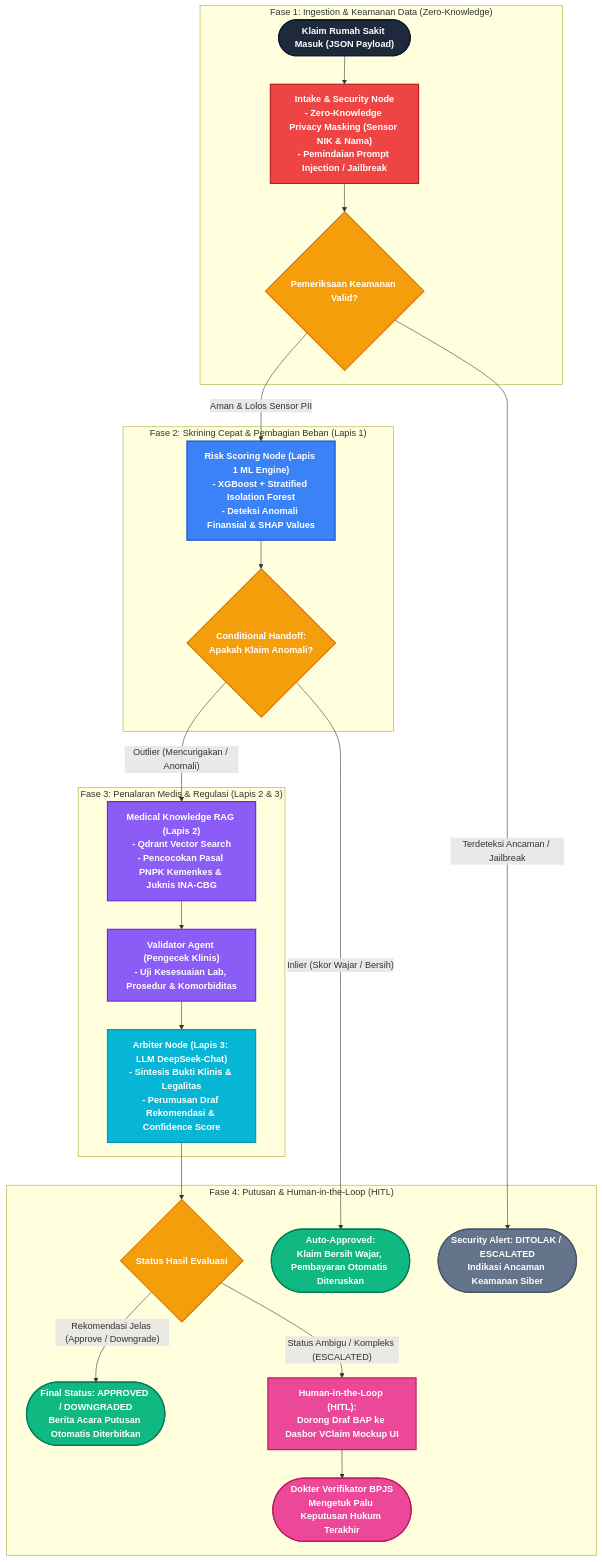
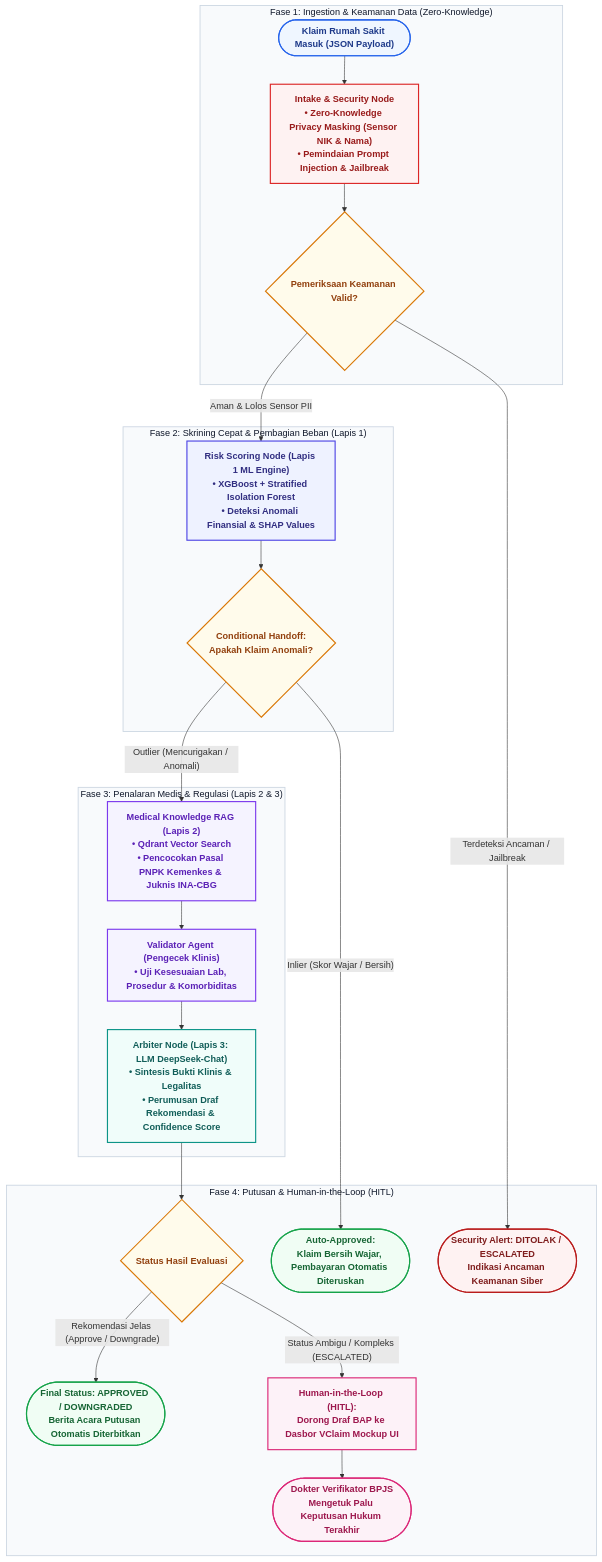
The diagram in docs/WORKFLOW_SISTEM.md (wmaulanaaishq/Garda-JKN), drawn with Mermaid before and after one commit. The commit also changed other lines of this file and 4 other files, not shown here.

Commit message:
docs: optimize workflow diagram colors for white background and embed into Word proposal

````diff
--- a/docs/WORKFLOW_SISTEM.md
+++ b/docs/WORKFLOW_SISTEM.md
@@ -13,55 +15,61 @@
 ```mermaid
 flowchart TD
-    %% Styling Definisi
-    classDef startNode fill:#1E293B,stroke:#0F172A,stroke-width:2px,color:#FFFFFF,font-weight:bold;
-    classDef securityNode fill:#EF4444,stroke:#B91C1C,stroke-width:2px,color:#FFFFFF,font-weight:bold;
-    classDef mlNode fill:#3B82F6,stroke:#1D4ED8,stroke-width:2px,color:#FFFFFF,font-weight:bold;
-    classDef decisionNode fill:#F59E0B,stroke:#D97706,stroke-width:2px,color:#FFFFFF,font-weight:bold;
-    classDef ragNode fill:#8B5CF6,stroke:#6D28D9,stroke-width:2px,color:#FFFFFF,font-weight:bold;
-    classDef llmNode fill:#06B6D4,stroke:#0891B2,stroke-width:2px,color:#FFFFFF,font-weight:bold;
-    classDef hitlNode fill:#EC4899,stroke:#BE185D,stroke-width:2px,color:#FFFFFF,font-weight:bold;
-    classDef endApproved fill:#10B981,stroke:#047857,stroke-width:2px,color:#FFFFFF,font-weight:bold;
-    classDef endReject fill:#64748B,stroke:#475569,stroke-width:2px,color:#FFFFFF,font-weight:bold;
+    %% Styling Khusus Latar Belakang Putih (Light Theme / Word Document)
+    classDef startNode fill:#EFF6FF,stroke:#2563EB,stroke-width:2px,color:#1E3A8A,font-weight:bold;
+    classDef securityNode fill:#FEF2F2,stroke:#DC2626,stroke-width:2px,color:#991B1B,font-weight:bold;
+    classDef mlNode fill:#EEF2FF,stroke:#4F46E5,stroke-width:2px,color:#312E81,font-weight:bold;
+    classDef decisionNode fill:#FFFBEB,stroke:#D97706,stroke-width:2px,color:#92400E,font-weight:bold;
+    classDef ragNode fill:#F5F3FF,stroke:#7C3AED,stroke-width:2px,color:#5B21B6,font-weight:bold;
+    classDef llmNode fill:#F0FDFA,stroke:#0D9488,stroke-width:2px,color:#115E59,font-weight:bold;
+    classDef hitlNode fill:#FDF2F8,stroke:#DB2777,stroke-width:2px,color:#9D174D,font-weight:bold;
+    classDef endApproved fill:#F0FDF4,stroke:#16A34A,stroke-width:2px,color:#166534,font-weight:bold;
+    classDef endReject fill:#FEF2F2,stroke:#B91C1C,stroke-width:2px,color:#7F1D1D,font-weight:bold;
 
     %% Subgraphs & Nodes
     subgraph S1 ["Fase 1: Ingestion & Keamanan Data (Zero-Knowledge)"]
         A(["Klaim Rumah Sakit Masuk (JSON Payload)"]):::startNode
-        B["Intake & Security Node<br/>- Zero-Knowledge Privacy Masking (Sensor NIK & Nama)<br/>- Pemindaian Prompt Injection / Jailbreak"]:::securityNode
+        B["Intake & Security Node<br/>• Zero-Knowledge Privacy Masking (Sensor NIK & Nama)<br/>• Pemindaian Prompt Injection & Jailbreak"]:::securityNode
         C{"Pemeriksaan Keamanan Valid?"}:::decisionNode
     end
 
     subgraph S2 ["Fase 2: Skrining Cepat & Pembagian Beban (Lapis 1)"]
-        D["Risk Scoring Node (Lapis 1 ML Engine)<br/>- XGBoost + Stratified Isolation Forest<br/>- Deteksi Anomali Finansial & SHAP Values"]:::mlNode
+        D["Risk Scoring Node (Lapis 1 ML Engine)<br/>• XGBoost + Stratified Isolation Forest<br/>• Deteksi Anomali Finansial & SHAP Values"]:::mlNode
         E{"Conditional Handoff:<br/>Apakah Klaim Anomali?"}:::decisionNode
     end
 
     subgraph S3 ["Fase 3: Penalaran Medis & Regulasi (Lapis 2 & 3)"]
-        F["Medical Knowledge RAG (Lapis 2)<br/>- Qdrant Vector Search<br/>- Pencocokan Pasal PNPK Kemenkes & Juknis INA-CBG"]:::ragNode
-        G["Validator Agent (Pengecek Klinis)<br/>- Uji Kesesuaian Lab, Prosedur & Komorbiditas"]:::ragNode
-        H["Arbiter Node (Lapis 3: LLM DeepSeek-Chat)<br/>- Sintesis Bukti Klinis & Legalitas<br/>- Perumusan Draf Rekomendasi & Confidence Score"]:::llmNode
+        F["Medical Knowledge RAG (Lapis 2)<br/>• Qdrant Vector Search<br/>• Pencocokan Pasal PNPK Kemenkes & Juknis INA-CBG"]:::ragNode
+        G["Validator Agent (Pengecek Klinis)<br/>• Uji Kesesuaian Lab, Prosedur & Komorbiditas"]:::ragNode
+        H["Arbiter Node (Lapis 3: LLM DeepSeek-Chat)<br/>• Sintesis Bukti Klinis & Legalitas<br/>• Perumusan Draf Rekomendasi & Confidence Score"]:::llmNode
     end
 
     subgraph S4 ["Fase 4: Putusan & Human-in-the-Loop (HITL)"]
         I{"Status Hasil Evaluasi"}:::decisionNode
         J(["Auto-Approved:<br/>Klaim Bersih Wajar, Pembayaran Otomatis Diteruskan"]):::endApproved
         K(["Final Status: APPROVED / DOWNGRADED<br/>Berita Acara Putusan Otomatis Diterbitkan"]):::endApproved
         L["Human-in-the-Loop (HITL):<br/>Dorong Draf BAP ke Dasbor VClaim Mockup UI"]:::hitlNode
         M(["Dokter Verifikator BPJS<br/>Mengetuk Palu Keputusan Hukum Terakhir"]):::hitlNode
         N(["Security Alert: DITOLAK / ESCALATED<br/>Indikasi Ancaman Keamanan Siber"]):::endReject
     end
 
     %% Hubungan Alur (Edges)
     A --> B
     B --> C
     C -- "Terdeteksi Ancaman / Jailbreak" --> N
     C -- "Aman & Lolos Sensor PII" --> D
     D --> E
     E -- "Inlier (Skor Wajar / Bersih)" --> J
     E -- "Outlier (Mencurigakan / Anomali)" --> F
     F --> G
     G --> H
     H --> I
     I -- "Rekomendasi Jelas (Approve / Downgrade)" --> K
     I -- "Status Ambigu / Kompleks (ESCALATED)" --> L
     L --> M
+
+    %% Subgraph Styling Khusus White Theme
+    style S1 fill:#F8FAFC,stroke:#CBD5E1,stroke-width:1.5px,color:#0F172A
+    style S2 fill:#F8FAFC,stroke:#CBD5E1,stroke-width:1.5px,color:#0F172A
+    style S3 fill:#F8FAFC,stroke:#CBD5E1,stroke-width:1.5px,color:#0F172A
+    style S4 fill:#F8FAFC,stroke:#CBD5E1,stroke-width:1.5px,color:#0F172A
 ```
````
